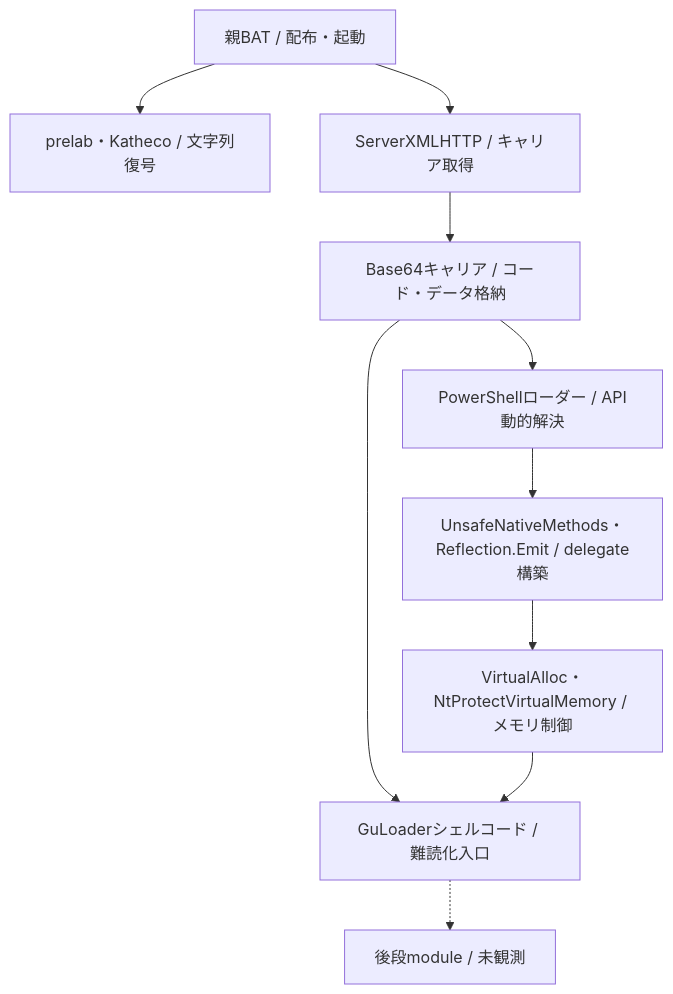
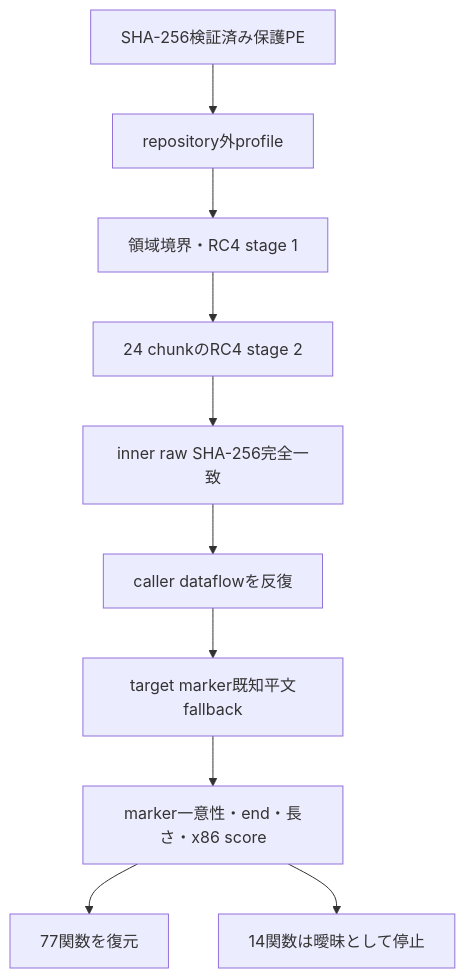
Before and after one commit to proshiba/AI-security-analysis: the third of 3 diagrams in analysis-results/malware/guloader/versions/unknown/cases/8d96249aa92bee27d9ac8ffa8e32e3f8dd3a5c77cbe541b1d0cc97f37e962a1e/OVERALL-LOGIC.md, drawn with Mermaid. The commit also changed other lines of this file and 58 other files, not shown here.

````diff
--- a/analysis-results/malware/guloader/versions/unknown/cases/8d96249aa92bee27d9ac8ffa8e32e3f8dd3a5c77cbe541b1d0cc97f37e962a1e/OVERALL-LOGIC.md
+++ b/analysis-results/malware/guloader/versions/unknown/cases/8d96249aa92bee27d9ac8ffa8e32e3f8dd3a5c77cbe541b1d0cc97f37e962a1e/OVERALL-LOGIC.md
@@ -33,12 +45,12 @@
 ```mermaid
 flowchart TD
-    module_parent["親BAT / 配布・起動"] --> module_decoder["prelab・Katheco / 文字列復号"]
-    module_parent --> module_http["ServerXMLHTTP / キャリア取得"]
-    module_http --> module_carrier["Base64キャリア / コード・データ格納"]
-    module_carrier --> module_ps["PowerShellローダー / API動的解決"]
-    module_carrier --> module_gl["GuLoaderシェルコード / 難読化入口"]
-    module_ps --> module_reflect["UnsafeNativeMethods・Reflection.Emit / delegate構築"]
-    module_reflect --> module_memory["VirtualAlloc・NtProtectVirtualMemory / メモリ制御"]
-    module_memory --> module_gl
-    module_gl -.-> unknown_module["後段module / 未観測"]
+    input["SHA-256検証済み保護PE"] --> profile["repository外profile"]
+    profile --> stage1["領域境界・RC4 stage 1"]
+    stage1 --> stage2["24 chunkのRC4 stage 2"]
+    stage2 --> hash["inner raw SHA-256完全一致"]
+    hash --> dataflow["caller dataflowを反復"]
+    dataflow --> marker["target marker既知平文fallback"]
+    marker --> validate["marker一意性・end・長さ・x86 score"]
+    validate --> recovered["77関数を復元"]
+    validate --> unresolved["14関数は曖昧として停止"]
 ```
````
